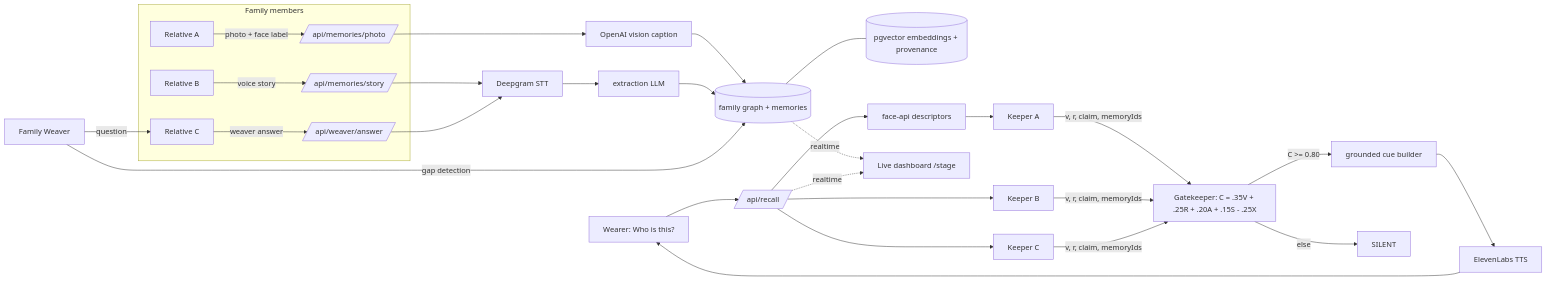
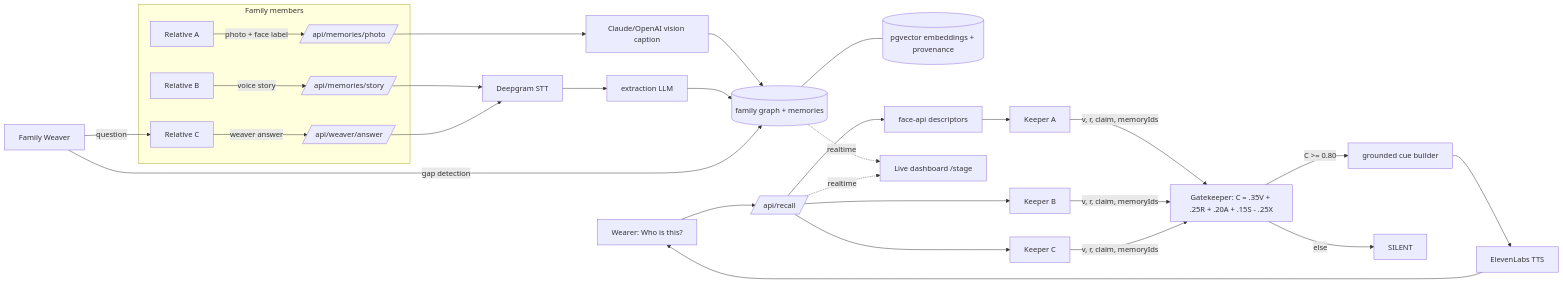
Before and after one commit to Apramey006/kin: the diagram in README.md, drawn with Mermaid. The commit also changed other lines of this file and 4 other files, not shown here.

````diff
--- a/README.md
+++ b/README.md
@@ -28,27 +28,27 @@
 ```mermaid
 flowchart LR
     subgraph Family["Family members"]
         A[Relative A] -->|photo + face label| P1[/api/memories/photo/]
         B[Relative B] -->|voice story| P2[/api/memories/story/]
         C2[Relative C] -->|weaver answer| P3[/api/weaver/answer/]
     end
 
-    P1 --> V[OpenAI vision caption] --> G[(family graph + memories)]
+    P1 --> V[Claude/OpenAI vision caption] --> G[(family graph + memories)]
     P2 --> DG[Deepgram STT] --> X[extraction LLM] --> G
     P3 --> DG
     G --- PG[(pgvector embeddings + provenance)]
 
     W[Wearer: Who is this?] --> R[/api/recall/]
     R --> F[face-api descriptors] --> K1[Keeper A]
     R --> K2[Keeper B]
     R --> K3[Keeper C]
     K1 & K2 & K3 -->|v, r, claim, memoryIds| GT[Gatekeeper: C = .35V + .25R + .20A + .15S - .25X]
     GT -->|C >= 0.80| SY[grounded cue builder] --> EL[ElevenLabs TTS] --> W
     GT -->|else| S[SILENT]
 
     WV[Family Weaver] -->|gap detection| G
     WV -->|question| C2
 
     G -.realtime.-> ST[Live dashboard /stage]
     R -.realtime.-> ST
 ```
````
